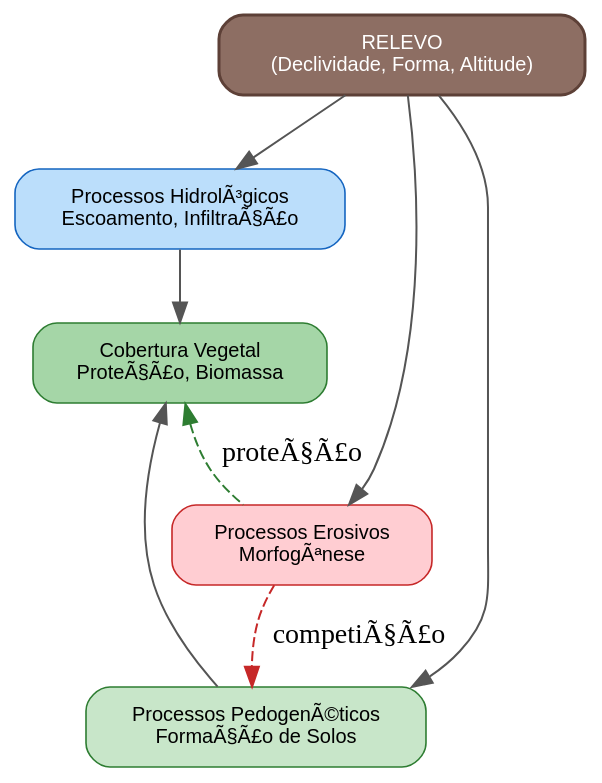
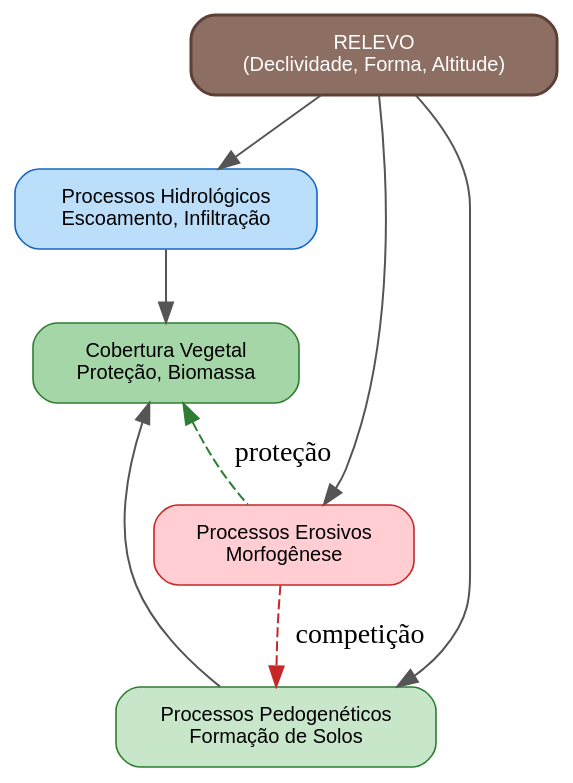
The first of 2 diagrams in aulas/analise_paisagem/aulas/zoneamento_geoecologico/zoneamento_geoecologico.qmd (ldvsantos/cv), drawn with Graphviz before and after one commit. The commit also changed other lines of this file and 31 other files, not shown here.

````diff
--- a/aulas/analise_paisagem/aulas/zoneamento_geoecologico/zoneamento_geoecologico.qmd
+++ b/aulas/analise_paisagem/aulas/zoneamento_geoecologico/zoneamento_geoecologico.qmd
@@ -73,24 +75,24 @@
 ```{dot}
 //| fig-cap: "Relevo como regulador dos processos que condicionam a paisagem."
 //| fig-width: 8
 digraph {
     rankdir=TB
     bgcolor="transparent"
     node [shape=box, style="rounded,filled", fontname="Helvetica", fontsize=10, margin="0.25,0.12", penwidth=0.8]
     edge [color="#555555", penwidth=1.0]
 
     R [label="RELEVO\n(Declividade, Forma, Altitude)", fillcolor="#8D6E63", fontcolor="white", color="#5D4037", penwidth=1.5]
-    H [label="Processos HidrolÃ³gicos\nEscoamento, InfiltraÃ§Ã£o", fillcolor="#BBDEFB", color="#1565C0"]
-    E [label="Processos Erosivos\nMorfogÃªnese", fillcolor="#FFCDD2", color="#C62828"]
-    P [label="Processos PedogenÃ©ticos\nFormaÃ§Ã£o de Solos", fillcolor="#C8E6C9", color="#2E7D32"]
-    V [label="Cobertura Vegetal\nProteÃ§Ã£o, Biomassa", fillcolor="#A5D6A7", color="#2E7D32"]
+    H [label="Processos Hidrológicos\nEscoamento, Infiltração", fillcolor="#BBDEFB", color="#1565C0"]
+    E [label="Processos Erosivos\nMorfogênese", fillcolor="#FFCDD2", color="#C62828"]
+    P [label="Processos Pedogenéticos\nFormação de Solos", fillcolor="#C8E6C9", color="#2E7D32"]
+    V [label="Cobertura Vegetal\nProteção, Biomassa", fillcolor="#A5D6A7", color="#2E7D32"]
 
     R -> H
     R -> E
     R -> P
     H -> V
     P -> V
-    V -> E [label="proteÃ§Ã£o", style=dashed, dir=back, color="#2E7D32"]
-    E -> P [label="competiÃ§Ã£o", style=dashed, color="#C62828"]
+    V -> E [label="proteção", style=dashed, dir=back, color="#2E7D32"]
+    E -> P [label="competição", style=dashed, color="#C62828"]
 }
 ```
````
